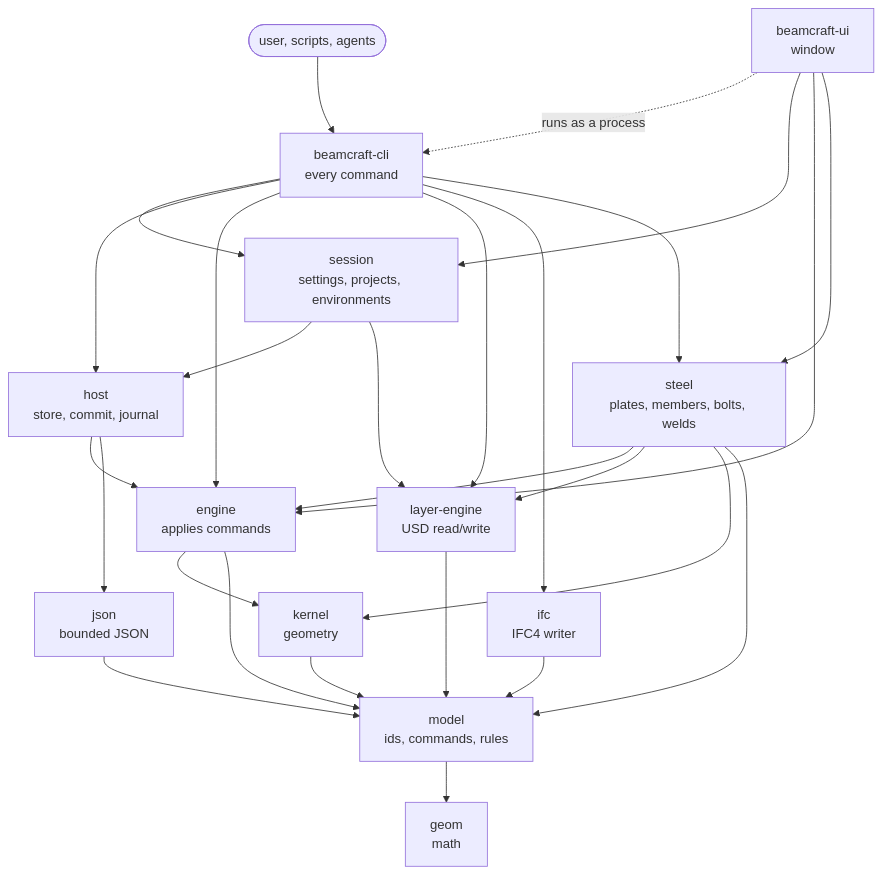
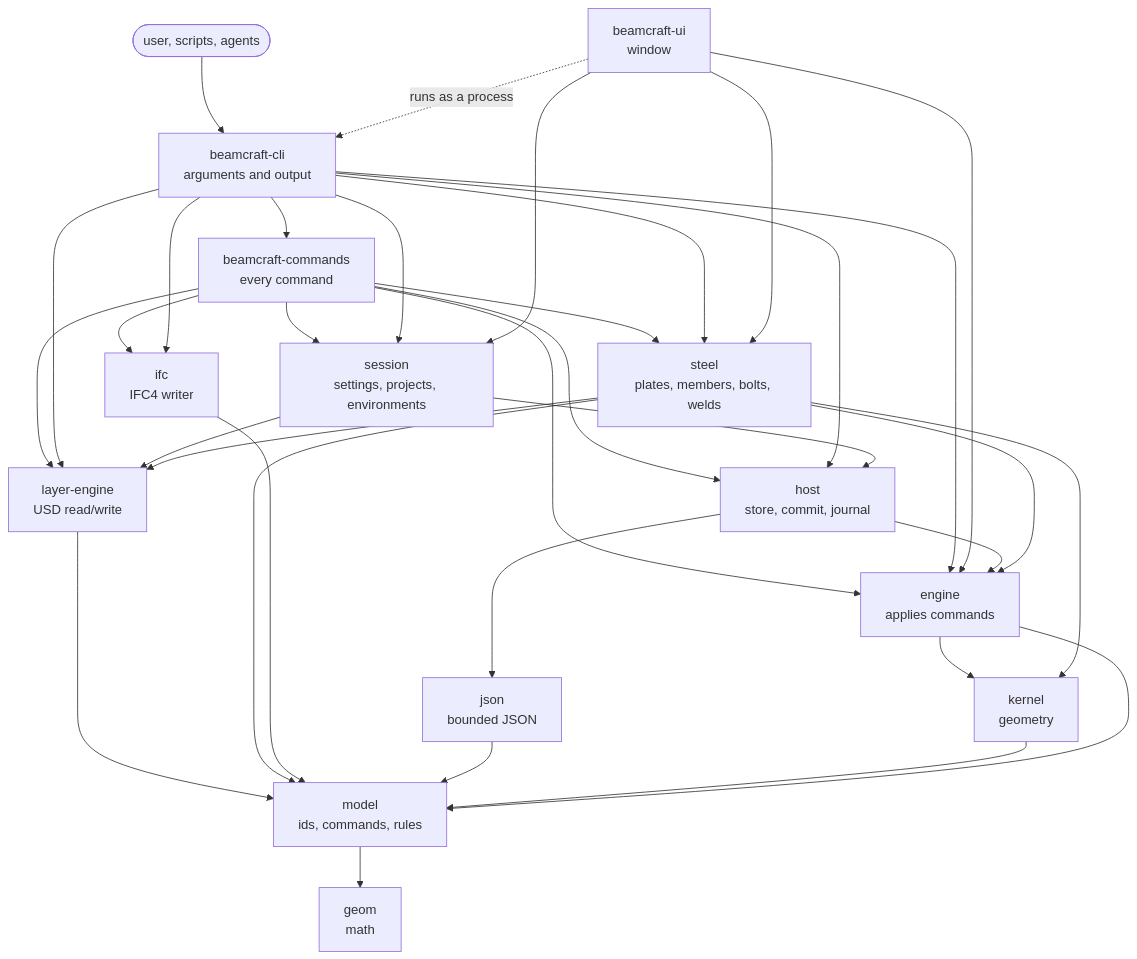
The first of 3 diagrams in docs/architecture.md (Apibim-com/BeamCraft), drawn with Mermaid before and after one commit. The commit also changed other lines of this file and 160 other files, not shown here.

````diff
--- a/docs/architecture.md
+++ b/docs/architecture.md
@@ -55,33 +56,40 @@
 ```mermaid
 flowchart TD
     user(["user, scripts, agents"]) --> cli
     ui["beamcraft-ui<br/>window"] -. "runs as a process" .-> cli
-    cli["beamcraft-cli<br/>every command"]
+    cli["beamcraft-cli<br/>arguments and output"]
 
+    cli --> commands
+    commands["beamcraft-commands<br/>every command"] --> session
+    commands --> host
+    commands --> engine
+    commands --> le
+    commands --> ifc
+    commands --> steel
     cli --> session
     cli --> host
     cli --> engine
     cli --> le
     cli --> ifc
     cli --> steel
     ui --> session
     ui --> engine
     ui --> steel
 
     session["session<br/>settings, projects, environments"] --> host
     session --> le
 
     host["host<br/>store, commit, journal"] --> engine
     host --> json
     engine["engine<br/>applies commands"] --> kernel
     le["layer-engine<br/>USD read/write"] --> model
     steel["steel<br/>plates, members, bolts, welds"] --> engine
     steel --> le
     steel --> kernel
     steel --> model
     ifc["ifc<br/>IFC4 writer"] --> model
     json["json<br/>bounded JSON"] --> model
     kernel["kernel<br/>geometry"] --> model
     engine --> model
     model["model<br/>ids, commands, rules"] --> geom["geom<br/>math"]
 ```
````
